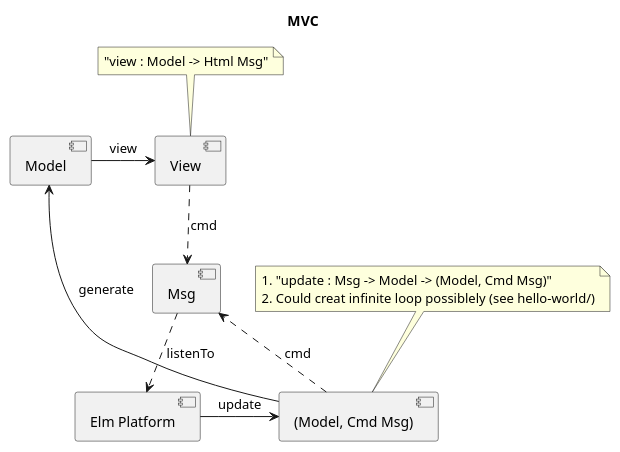
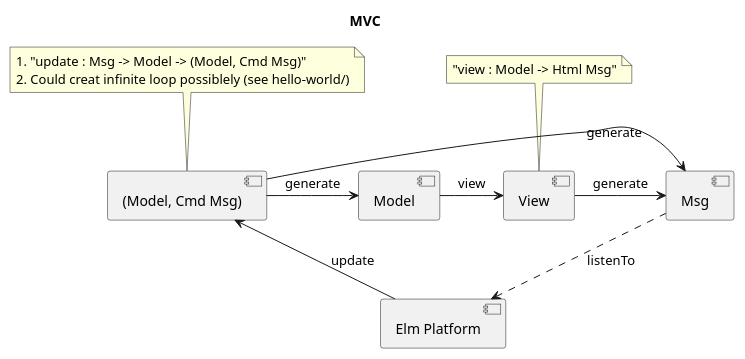
The first of 4 diagrams in elm-okta-idp/README.org (hw-hello-world/okta-signin-widget-apps), drawn with PlantUML before and after one commit. The commit also changed other lines of this file and 2 other files, not shown here.

Commit message:
🙃 polish the diagram.

```diff
--- a/elm-okta-idp/README.org
+++ b/elm-okta-idp/README.org
@@ -23,13 +23,13 @@
 #+BEGIN_SRC plantuml :file data/elm-arch-mvc.png :results output silent
 title: MVC
 
+[Elm Platform] -down-> [(Model, Cmd Msg)] : update
+note top: 1. "update : Msg -> Model -> (Model, Cmd Msg)"\n2. Could creat infinite loop possiblely (see hello-world/)
+[(Model, Cmd Msg)] -right-> [Msg] : generate
+[(Model, Cmd Msg)] -right-> [Model]: generate
 [Model] -> [View] : view
 note top: "view : Model -> Html Msg"
-[View] ..> [Msg] : cmd
+[View] -> [Msg] : generate
 [Msg] ..> [Elm Platform] : listenTo
-[Elm Platform] -> [(Model, Cmd Msg)] : update
-note top: 1. "update : Msg -> Model -> (Model, Cmd Msg)"\n2. Could creat infinite loop possiblely (see hello-world/)
-[(Model, Cmd Msg)] ..> [Msg] : cmd
-[(Model, Cmd Msg)] -> [Model]: generate
 
 #+END_SRC
```
